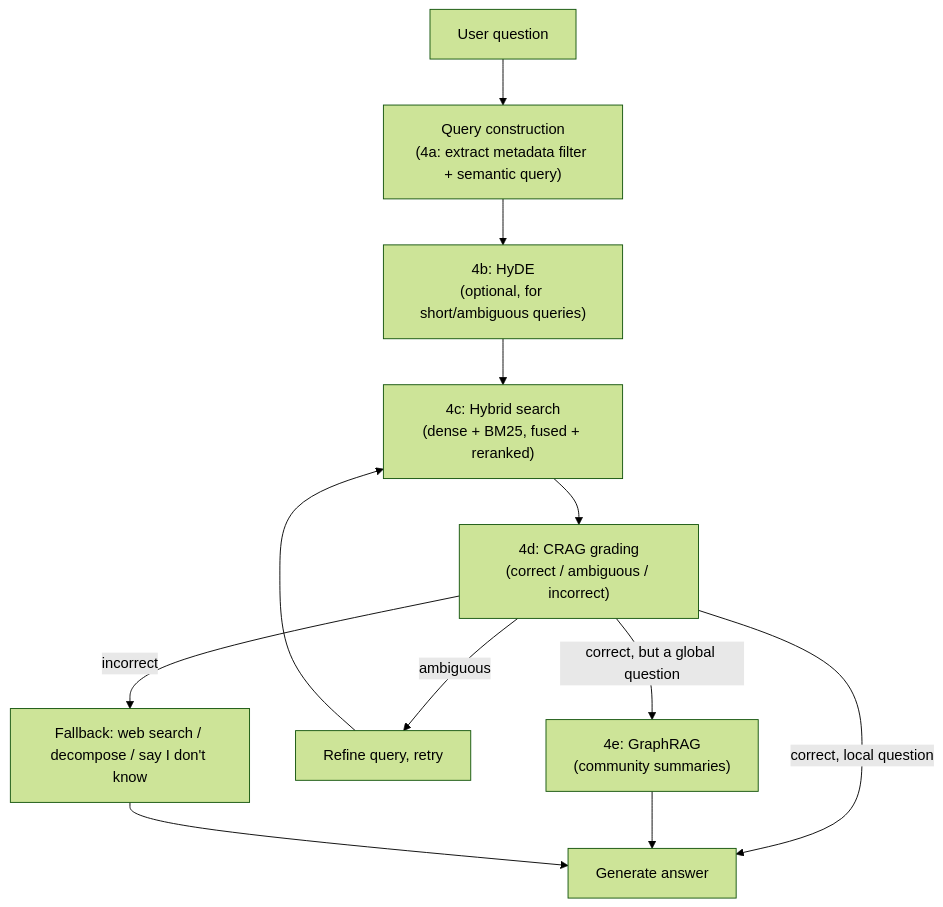
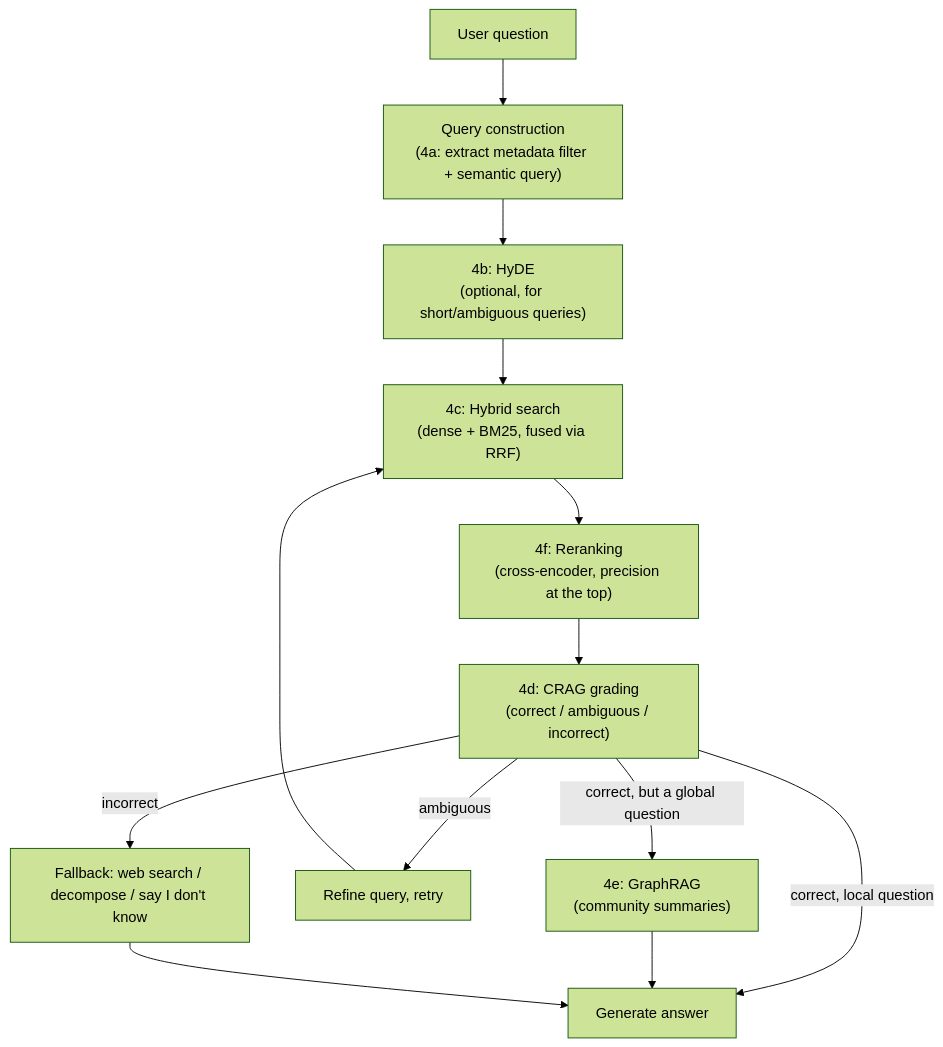
One commit to BiswajeetRaut/genai_notes changed the diagram in part-2-advanced-engineering/04-advanced-production-rag/README.md. Above: the diagram before and after it, drawn with Mermaid (forest theme). The commit also changed other lines of this file and 6 other files, not shown here.

````diff
--- a/part-2-advanced-engineering/04-advanced-production-rag/README.md
+++ b/part-2-advanced-engineering/04-advanced-production-rag/README.md
@@ -35,14 +38,15 @@
 ```mermaid
 flowchart TD
     Q[User question] --> QC["Query construction\n(4a: extract metadata filter + semantic query)"]
     QC --> HyDE["4b: HyDE\n(optional, for short/ambiguous queries)"]
-    HyDE --> Hybrid["4c: Hybrid search\n(dense + BM25, fused + reranked)"]
-    Hybrid --> Grade["4d: CRAG grading\n(correct / ambiguous / incorrect)"]
+    HyDE --> Hybrid["4c: Hybrid search\n(dense + BM25, fused via RRF)"]
+    Hybrid --> Rerank["4f: Reranking\n(cross-encoder, precision at the top)"]
+    Rerank --> Grade["4d: CRAG grading\n(correct / ambiguous / incorrect)"]
     Grade -->|incorrect| Fallback[Fallback: web search / decompose / say I don't know]
     Grade -->|ambiguous| Refine[Refine query, retry]
     Refine --> Hybrid
     Grade -->|correct, but a global question| Graph["4e: GraphRAG\n(community summaries)"]
     Grade -->|correct, local question| Gen[Generate answer]
     Graph --> Gen
     Fallback --> Gen
 ```
````
